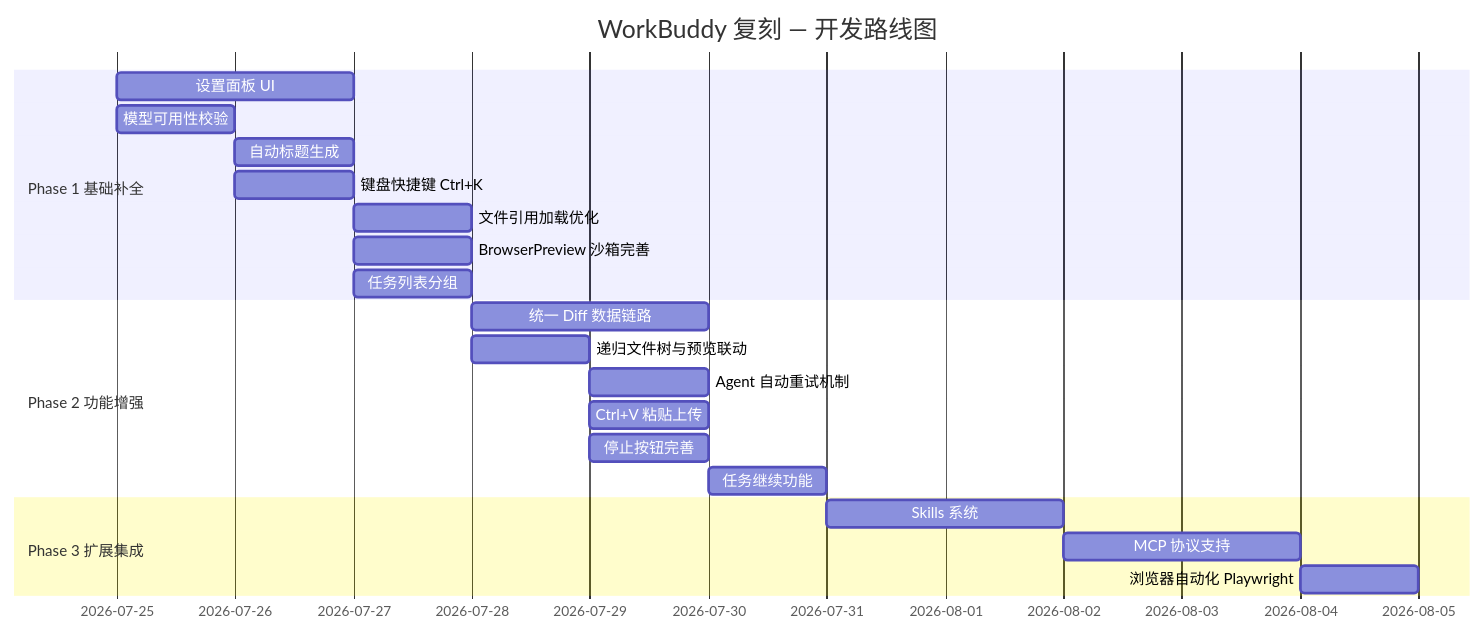
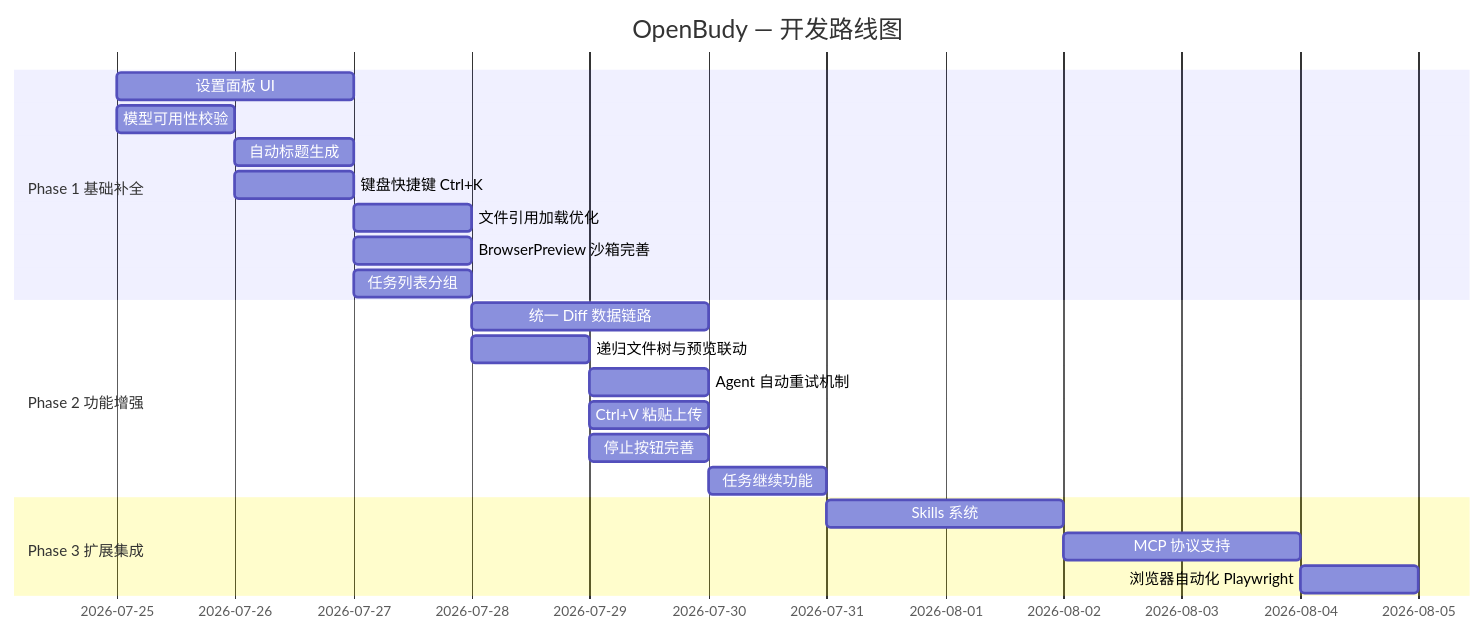
The diagram in IMPLEMENTATION_PLAN.md (pengjinning/openbudy), drawn with Mermaid before and after one commit. The commit also changed other lines of this file and 23 other files, not shown here.

````diff
--- a/IMPLEMENTATION_PLAN.md
+++ b/IMPLEMENTATION_PLAN.md
@@ -65,24 +65,24 @@
 ```mermaid
 gantt
-    title WorkBuddy 复刻 — 开发路线图
+    title OpenBudy — 开发路线图
     dateFormat  YYYY-MM-DD
     section Phase 1 基础补全
     设置面板 UI           :p1a, 2026-07-25, 2d
     模型可用性校验         :p1b, 2026-07-25, 0.5d
     自动标题生成           :p1c, 2026-07-26, 0.5d
     键盘快捷键 Ctrl+K      :p1d, 2026-07-26, 0.5d
     文件引用加载优化        :p1e, 2026-07-27, 0.5d
     BrowserPreview 沙箱完善  :p1f, 2026-07-27, 0.5d
     任务列表分组           :p1g, 2026-07-27, 0.5d
     section Phase 2 功能增强
     统一 Diff 数据链路      :p2a, 2026-07-28, 1.5d
     递归文件树与预览联动     :p2b, 2026-07-28, 0.5d
     Agent 自动重试机制      :p2c, 2026-07-29, 1d
     Ctrl+V 粘贴上传         :p2d, 2026-07-29, 0.5d
     停止按钮完善            :p2e, 2026-07-29, 0.5d
     任务继续功能            :p2f, 2026-07-30, 1d
     section Phase 3 扩展集成
     Skills 系统            :p3a, after p2f, 2d
     MCP 协议支持           :p3b, after p3a, 2d
     浏览器自动化 Playwright  :p3c, after p3b, 1d
 ```
````
